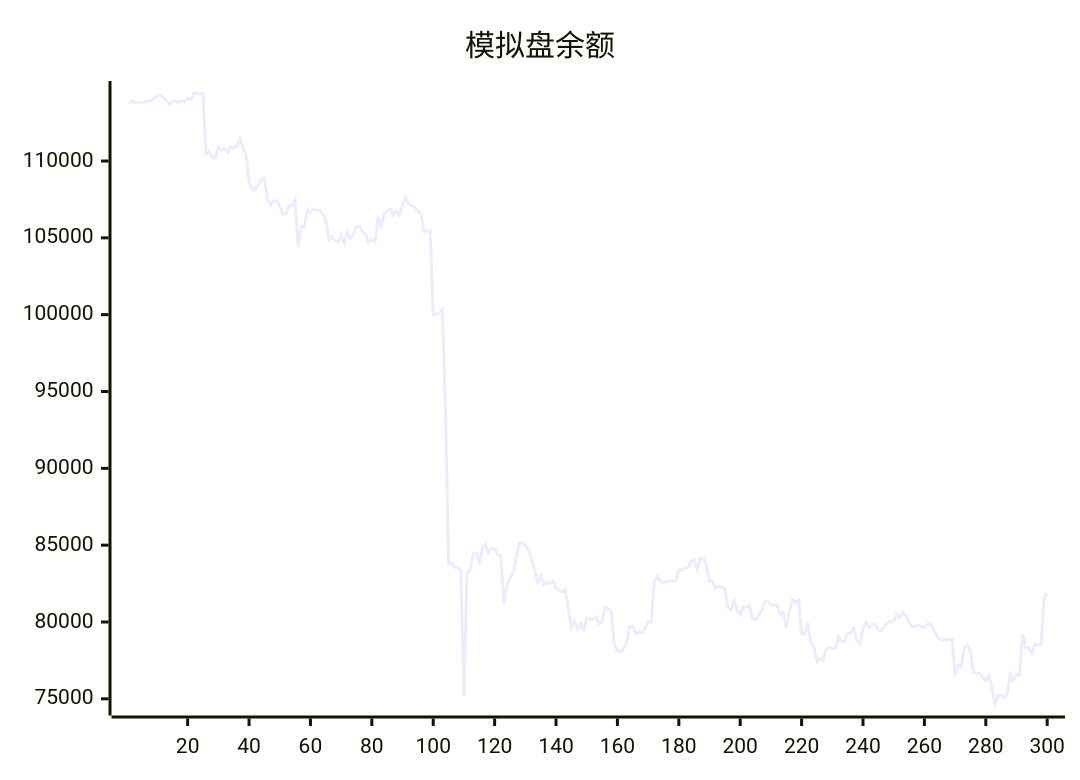
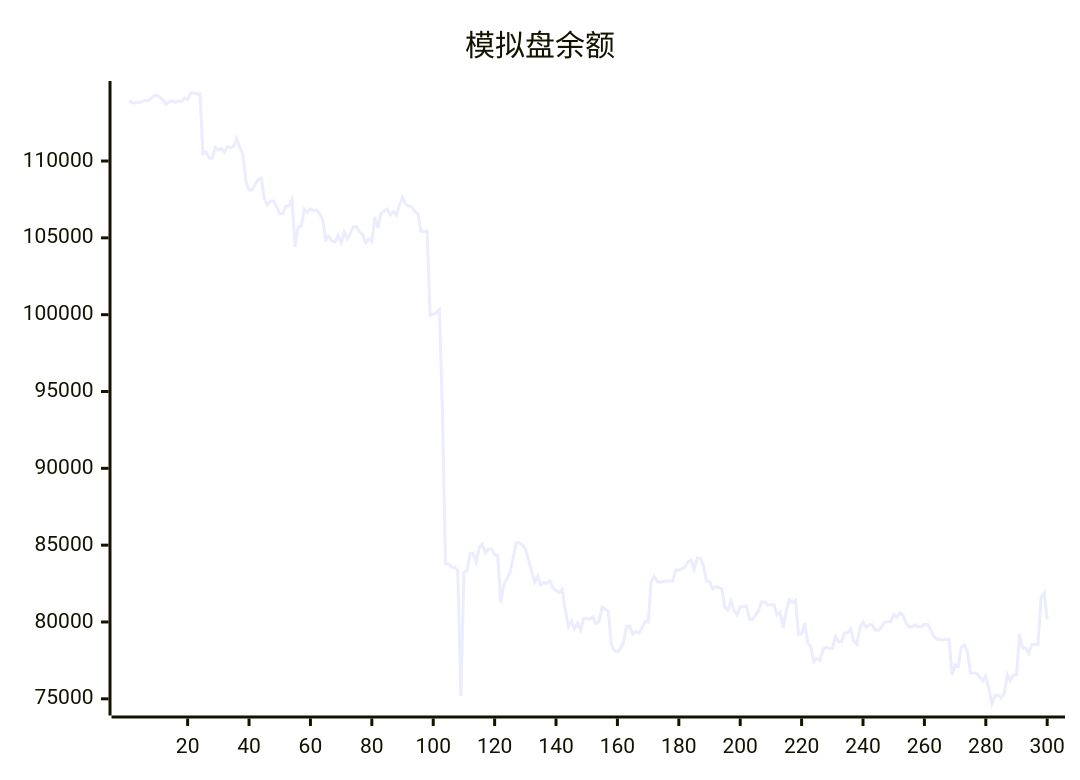
One commit to aahl/ai-trading changed the diagram in README.md. Above: the diagram before and after it, drawn with Mermaid. The commit also changed other lines of this file and 1 other file, not shown here.

````diff
--- a/README.md
+++ b/README.md
@@ -5,5 +5,5 @@
 ```mermaid
 xychart
     title "模拟盘余额"
-    line [113701,113901,113794,113784,113810,113848,113927,113929,114064,114232,114293,114144,113960,113698,113853,113942,113812,113908,113877,114091,113998,114427,114422,114384,114384,110477,110576,110198,110198,110890,110712,110812,110569,110929,110847,110968,111478,110870,110433,108661,108116,108115,108485,108797,108877,107536,107134,107393,107393,107046,106565,106565,107081,107081,107478,104404,105715,105749,106866,106651,106889,106771,106816,106565,106141,104876,105103,104796,104734,105169,104690,105380,104941,105272,105709,105739,105374,105227,104691,104924,104762,106364,105628,106608,106748,106872,106485,106721,106468,107132,107620,107224,107080,107001,106717,106567,105431,105431,105440,99950,100017,100113,100337,93749,83795,83807,83567,83567,83342,75168,83222,83336,84448,84449,83896,84839,85065,84499,84757,84757,84364,84347,81254,82385,82835,83184,84099,85150,85150,85002,84751,84096,83356,82582,82983,82404,82572,82512,82688,82200,82047,81920,82125,80840,79688,80060,79552,79920,79470,80236,80208,80170,80336,79894,80006,80954,80837,80712,78561,78139,78037,78293,78682,79720,79720,79214,79372,79279,79591,80046,79993,82625,82950,82626,82571,82633,82670,82670,82681,83386,83378,83464,83579,83920,84037,83402,84160,84142,83652,82655,82655,82145,82315,82243,82163,80934,80770,81371,80742,80468,80989,80989,81067,80191,80155,80450,80737,81309,81309,81106,81119,81119,80471,80631,79624,80670,81448,81290,81429,79212,79222,79940,78643,78380,77432,77623,77504,78235,78358,78284,78277,79048,78714,78714,79290,79308,79567,78763,78563,79603,79988,79652,79813,79813,79476,79469,79673,79995,80015,80015,80486,80314,80600,80436,79966,79689,79689,79819,79692,79692,79850,79850,79518,79071,78889,78850,78850,78878,78878,76554,77202,77103,78357,78510,78106,76678,76677,76672,76411,76159,76485,75656,74695,75197,75246,75052,75334,76564,76179,76553,76551,79196,78300,78300,77944,78531,78531,78521,81564,81884]
+    line [113901,113794,113784,113810,113848,113927,113929,114064,114232,114293,114144,113960,113698,113853,113942,113812,113908,113877,114091,113998,114427,114422,114384,114384,110477,110576,110198,110198,110890,110712,110812,110569,110929,110847,110968,111478,110870,110433,108661,108116,108115,108485,108797,108877,107536,107134,107393,107393,107046,106565,106565,107081,107081,107478,104404,105715,105749,106866,106651,106889,106771,106816,106565,106141,104876,105103,104796,104734,105169,104690,105380,104941,105272,105709,105739,105374,105227,104691,104924,104762,106364,105628,106608,106748,106872,106485,106721,106468,107132,107620,107224,107080,107001,106717,106567,105431,105431,105440,99950,100017,100113,100337,93749,83795,83807,83567,83567,83342,75168,83222,83336,84448,84449,83896,84839,85065,84499,84757,84757,84364,84347,81254,82385,82835,83184,84099,85150,85150,85002,84751,84096,83356,82582,82983,82404,82572,82512,82688,82200,82047,81920,82125,80840,79688,80060,79552,79920,79470,80236,80208,80170,80336,79894,80006,80954,80837,80712,78561,78139,78037,78293,78682,79720,79720,79214,79372,79279,79591,80046,79993,82625,82950,82626,82571,82633,82670,82670,82681,83386,83378,83464,83579,83920,84037,83402,84160,84142,83652,82655,82655,82145,82315,82243,82163,80934,80770,81371,80742,80468,80989,80989,81067,80191,80155,80450,80737,81309,81309,81106,81119,81119,80471,80631,79624,80670,81448,81290,81429,79212,79222,79940,78643,78380,77432,77623,77504,78235,78358,78284,78277,79048,78714,78714,79290,79308,79567,78763,78563,79603,79988,79652,79813,79813,79476,79469,79673,79995,80015,80015,80486,80314,80600,80436,79966,79689,79689,79819,79692,79692,79850,79850,79518,79071,78889,78850,78850,78878,78878,76554,77202,77103,78357,78510,78106,76678,76677,76672,76411,76159,76485,75656,74695,75197,75246,75052,75334,76564,76179,76553,76551,79196,78300,78300,77944,78531,78531,78521,81564,81884,80160]
 ```
````
